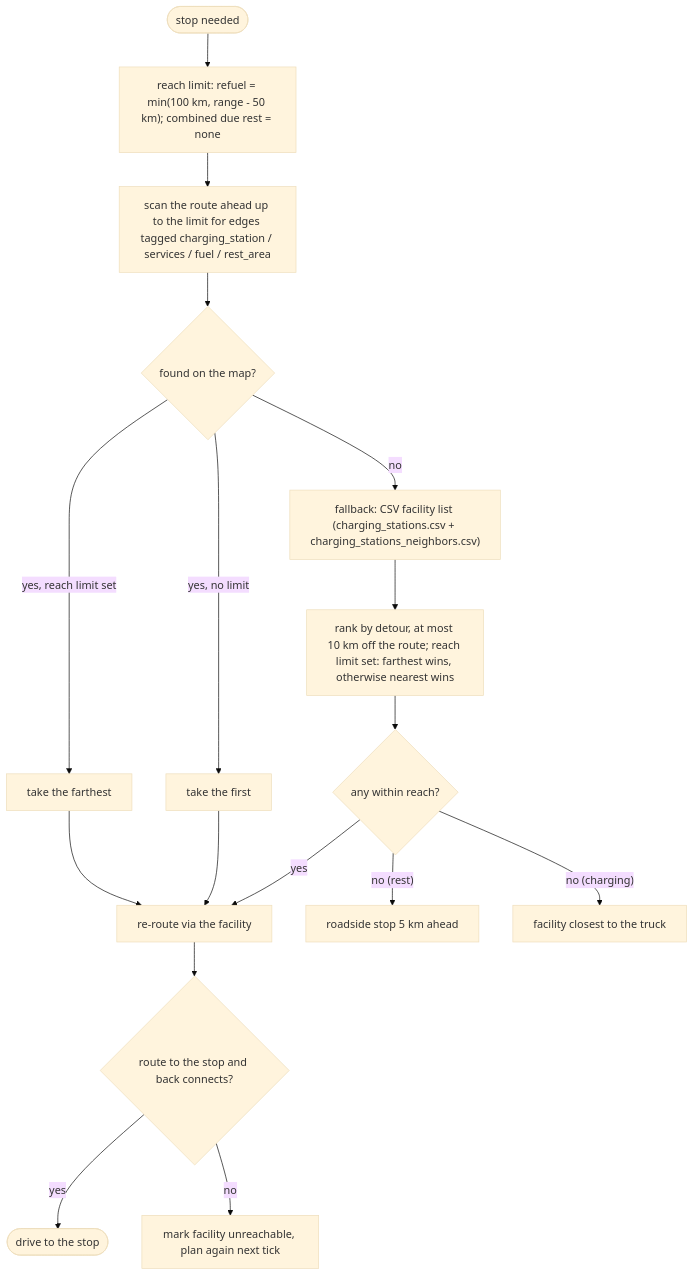
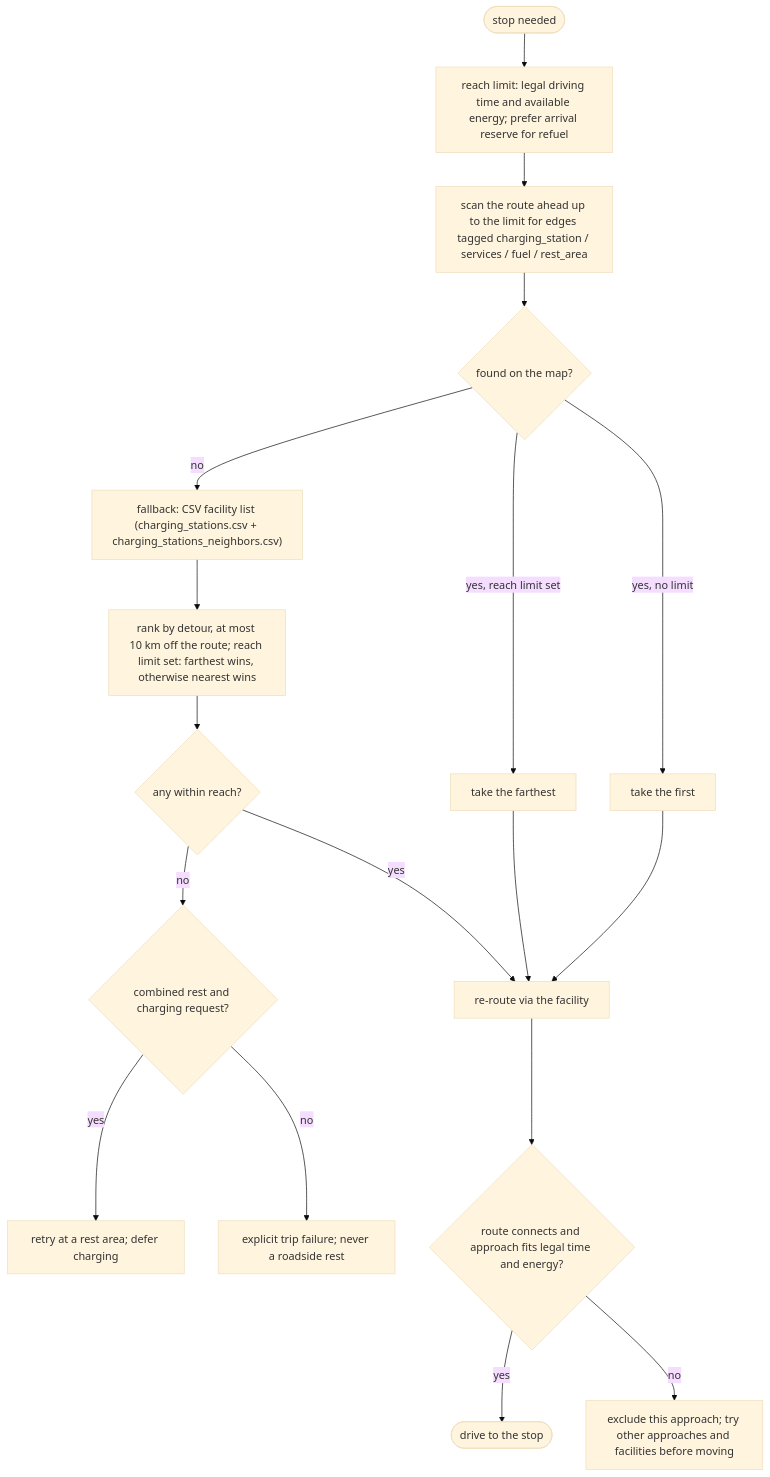
The fourth of 4 diagrams in SOHTruckFuelAlternativeBox/docs/driving-behaviour.md (MARS-Group-HAW/model-soh), drawn with Mermaid (base theme) before and after one commit. The commit also changed other lines of this file and 12 other files, not shown here.

First line of the commit message:
feat: enforce legal truck stops and persist trip outcomes

````diff
--- a/SOHTruckFuelAlternativeBox/docs/driving-behaviour.md
+++ b/SOHTruckFuelAlternativeBox/docs/driving-behaviour.md
@@ -143,19 +149,20 @@
 ```mermaid
 flowchart TD
-    S([stop needed]) --> RL["reach limit: refuel = min(100 km, range - 50 km); combined due rest = none"]
+    S([stop needed]) --> RL["reach limit: legal driving time and available energy; prefer arrival reserve for refuel"]
     RL --> M["scan the route ahead up to the limit for edges tagged charging_station / services / fuel / rest_area"]
     M --> F{"found on the map?"}
     F -- "yes, reach limit set" --> FAR["take the farthest"]
     F -- "yes, no limit" --> NEAR["take the first"]
     F -- no --> CSV["fallback: CSV facility list (charging_stations.csv + charging_stations_neighbors.csv)"]
     CSV --> RANK["rank by detour, at most 10 km off the route; reach limit set: farthest wins, otherwise nearest wins"]
     RANK --> OK{"any within reach?"}
     OK -- yes --> PL["re-route via the facility"]
-    OK -- "no (rest)" --> RS["roadside stop 5 km ahead"]
-    OK -- "no (charging)" --> CL["facility closest to the truck"]
+    OK -- no --> COMBO{"combined rest and charging request?"}
+    COMBO -- yes --> REST["retry at a rest area; defer charging"]
+    COMBO -- no --> RS["explicit trip failure; never a roadside rest"]
     FAR --> PL
     NEAR --> PL
-    PL --> FAIL{"route to the stop and back connects?"}
+    PL --> FAIL{"route connects and approach fits legal time and energy?"}
     FAIL -- yes --> GO([drive to the stop])
-    FAIL -- no --> SKIP["mark facility unreachable, plan again next tick"]
+    FAIL -- no --> SKIP["exclude this approach; try other approaches and facilities before moving"]
 ```
````
